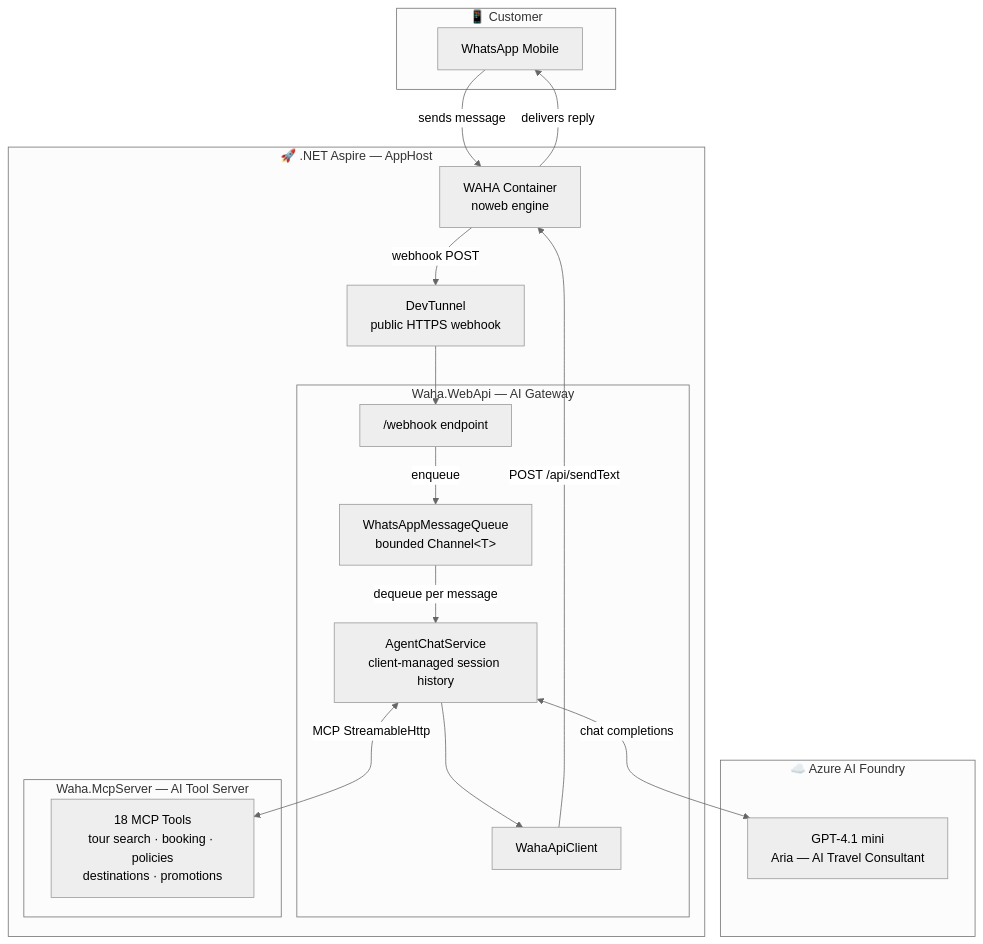
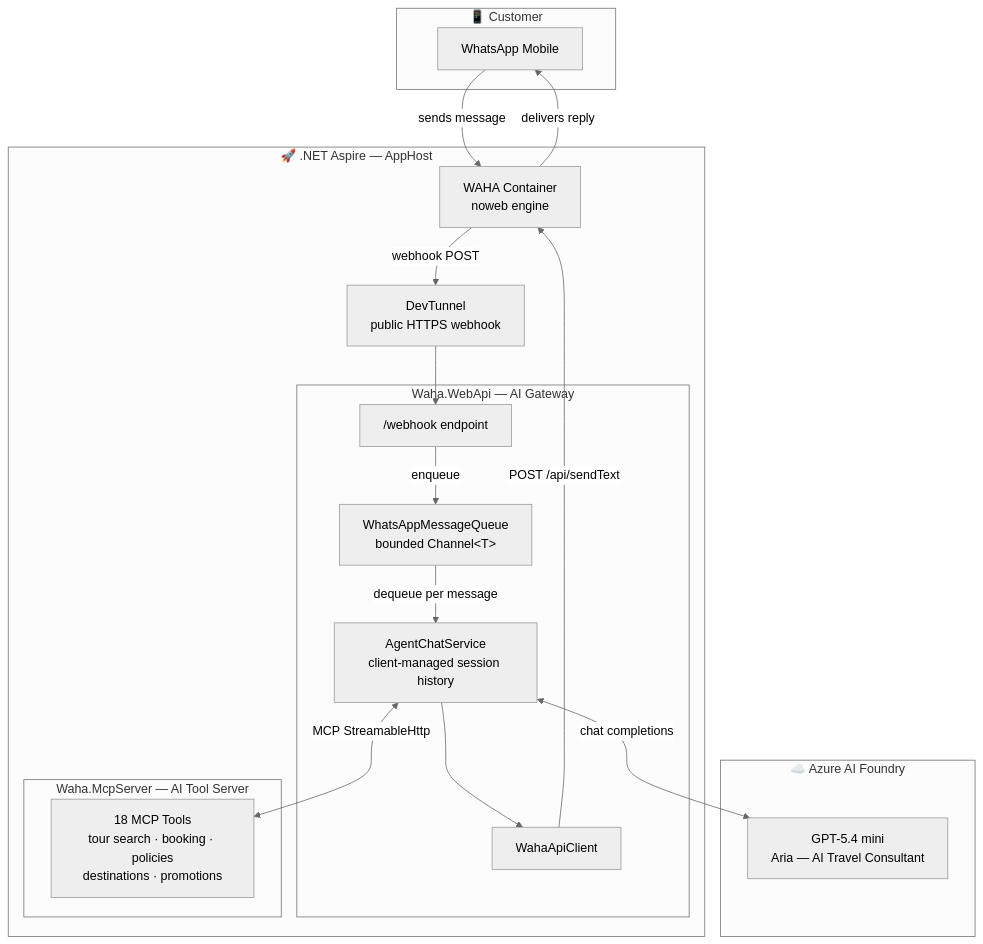
The diagram in README.md (qloop-tech/AgentForge.Core), drawn with Mermaid (neutral theme) before and after one commit. The commit also changed other lines of this file and 3 other files, not shown here.

First line of the commit message:
feat: add MCP Inspector, Copilot instructions, and Roadmap

````diff
--- a/README.md
+++ b/README.md
@@ -22,37 +22,37 @@
 ```mermaid
 flowchart TD
     subgraph Customer["📱 Customer"]
         WA[WhatsApp Mobile]
     end
 
     subgraph Aspire["🚀 .NET Aspire — AppHost"]
         WAHA["WAHA Container\nnoweb engine"]
         DT["DevTunnel\npublic HTTPS webhook"]
 
         subgraph WebApi["Waha.WebApi  —  AI Gateway"]
             WH["/webhook endpoint"]
             Q["WhatsAppMessageQueue\nbounded Channel&lt;T&gt;"]
             ACS["AgentChatService\nclient-managed session history"]
             WC["WahaApiClient"]
         end
 
         subgraph MCP["Waha.McpServer  —  AI Tool Server"]
             MT["18 MCP Tools\ntour search · booking · policies\ndestinations · promotions"]
         end
     end
 
     subgraph Azure["☁️ Azure AI Foundry"]
-        AI["GPT-4.1 mini\nAria — AI Travel Consultant"]
+        AI["GPT-5.4 mini\nAria — AI Travel Consultant"]
     end
 
     WA -->|"sends message"| WAHA
     WAHA -->|"webhook POST"| DT
     DT --> WH
     WH -->|"enqueue"| Q
     Q -->|"dequeue per message"| ACS
     ACS <-->|"MCP StreamableHttp"| MT
     ACS <-->|"chat completions"| AI
     ACS --> WC
     WC -->|"POST /api/sendText"| WAHA
     WAHA -->|"delivers reply"| WA
 ```
````
